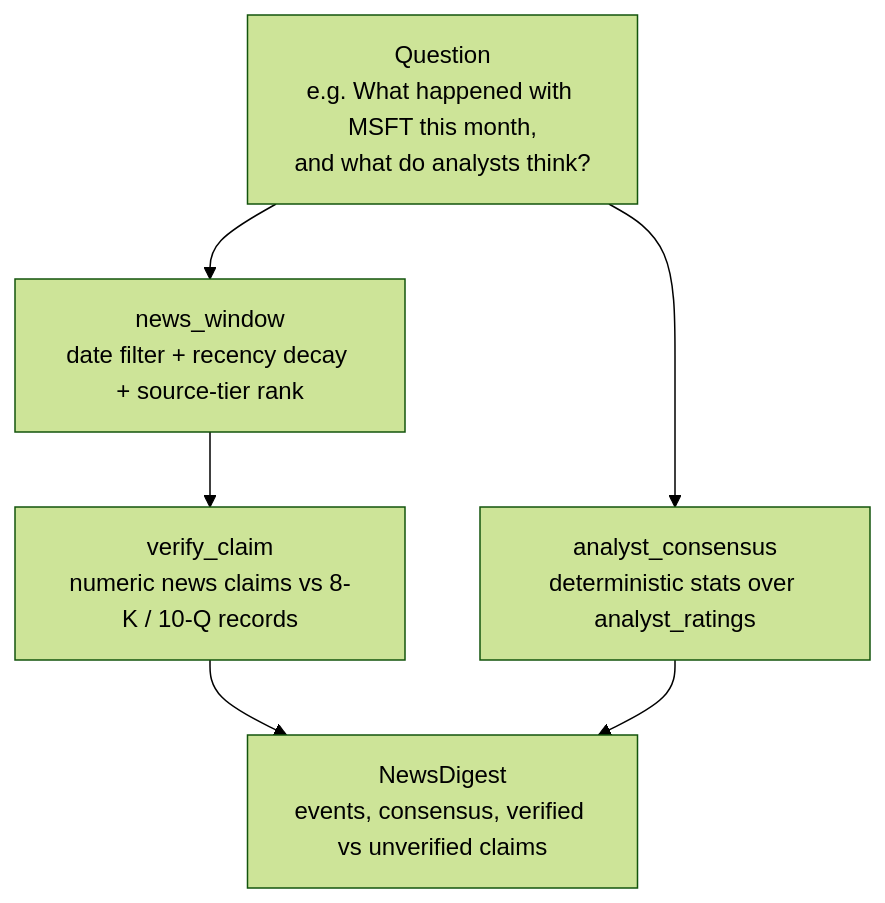
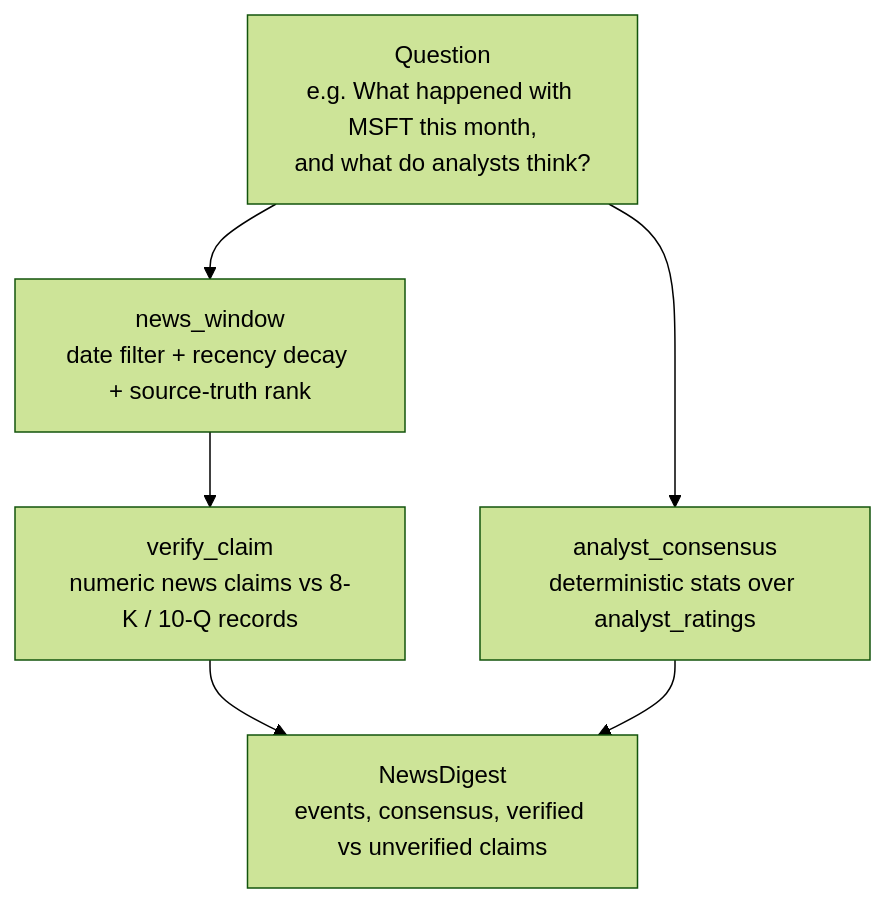
One commit to chazyman/financial-agent-capstone changed the first of 2 diagrams in docs/DESIGN.md. Above: the diagram before and after it, drawn with Mermaid (forest theme). The commit also changed other lines of this file and 1 other file, not shown here.

````diff
--- a/docs/DESIGN.md
+++ b/docs/DESIGN.md
@@ -201,10 +277,10 @@
 ```mermaid
 flowchart TB
     Q["Question<br/>e.g. What happened with MSFT this month,<br/>and what do analysts think?"]
-    W["news_window<br/>date filter + recency decay + source-tier rank"]
+    W["news_window<br/>date filter + recency decay + source-truth rank"]
     C["analyst_consensus<br/>deterministic stats over analyst_ratings"]
     V["verify_claim<br/>numeric news claims vs 8-K / 10-Q records"]
     D["NewsDigest<br/>events, consensus, verified vs unverified claims"]
     Q --> W --> V --> D
     Q --> C --> D
 ```
````
